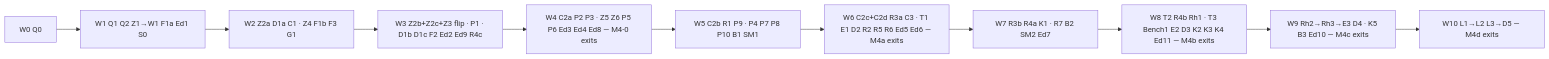
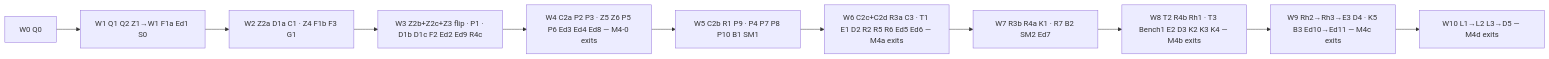
One commit to doughtnerd/TranquilityEngine changed the diagram in docs/plans/2026-11-audio-music-m4-waves.md. Above: the diagram before and after it, drawn with Mermaid. The commit also changed other lines of this file and 2 other files, not shown here.

````diff
--- a/docs/plans/2026-11-audio-music-m4-waves.md
+++ b/docs/plans/2026-11-audio-music-m4-waves.md
@@ -64,13 +64,13 @@
 ```mermaid
 graph LR
   Q0[W0 Q0] --> W1x[W1 Q1 Q2 Z1→W1 F1a Ed1 S0]
   W1x --> W2x[W2 Z2a D1a C1 · Z4 F1b F3 G1]
   W2x --> W3x[W3 Z2b+Z2c+Z3 flip · P1 · D1b D1c F2 Ed2 Ed9 R4c]
   W3x --> W4x[W4 C2a P2 P3 · Z5 Z6 P5 P6 Ed3 Ed4 Ed8 — M4-0 exits]
   W4x --> W5x[W5 C2b R1 P9 · P4 P7 P8 P10 B1 SM1]
   W5x --> W6x[W6 C2c+C2d R3a C3 · T1 E1 D2 R2 R5 R6 Ed5 Ed6 — M4a exits]
   W6x --> W7x[W7 R3b R4a K1 · R7 B2 SM2 Ed7]
-  W7x --> W8x[W8 T2 R4b Rh1 · T3 Bench1 E2 D3 K2 K3 K4 Ed11 — M4b exits]
-  W8x --> W9x[W9 Rh2→Rh3→E3 D4 · K5 B3 Ed10 — M4c exits]
+  W7x --> W8x[W8 T2 R4b Rh1 · T3 Bench1 E2 D3 K2 K3 K4 — M4b exits]
+  W8x --> W9x[W9 Rh2→Rh3→E3 D4 · K5 B3 Ed10→Ed11 — M4c exits]
   W9x --> W10x[W10 L1→L2 L3→D5 — M4d exits]
 ```
````
